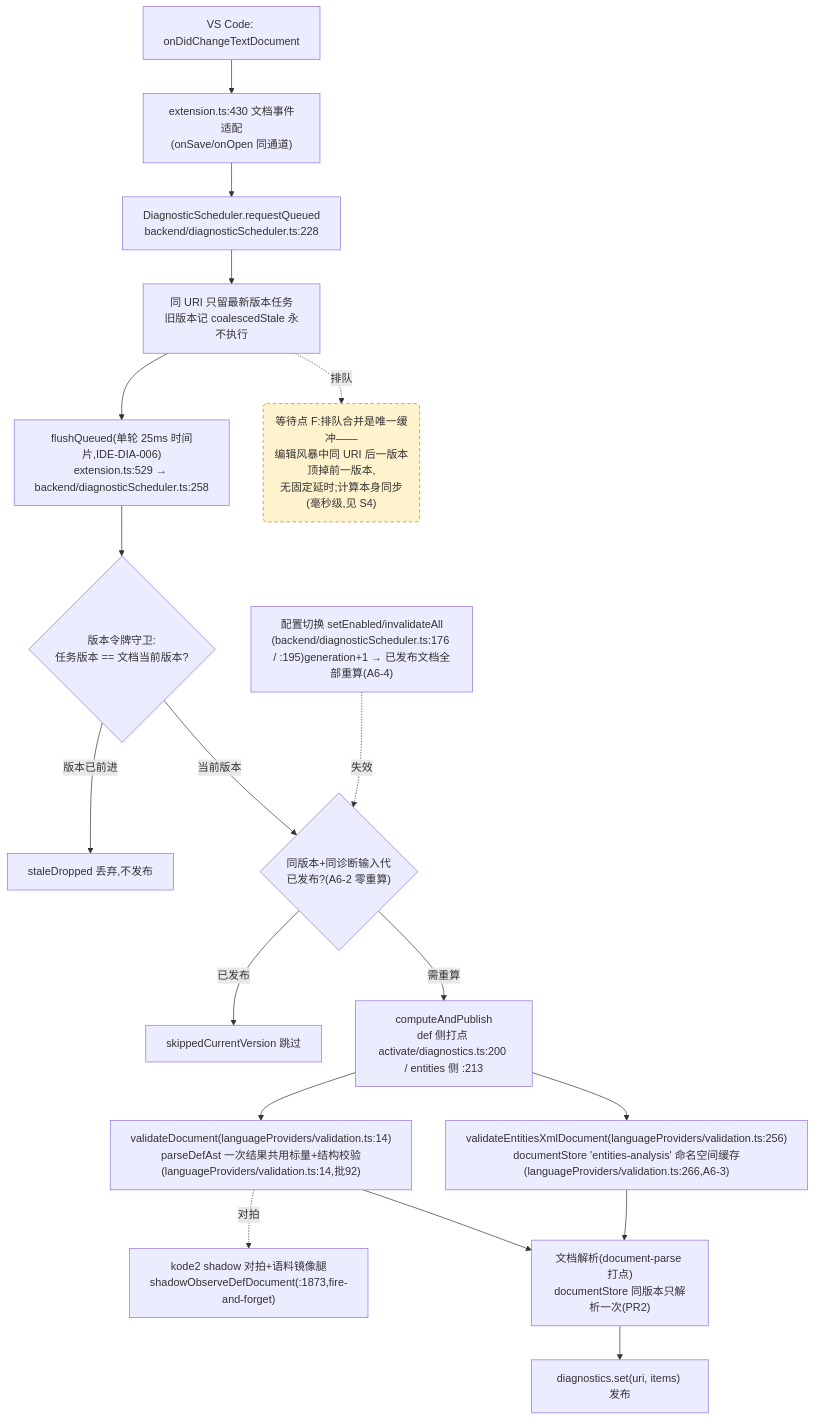
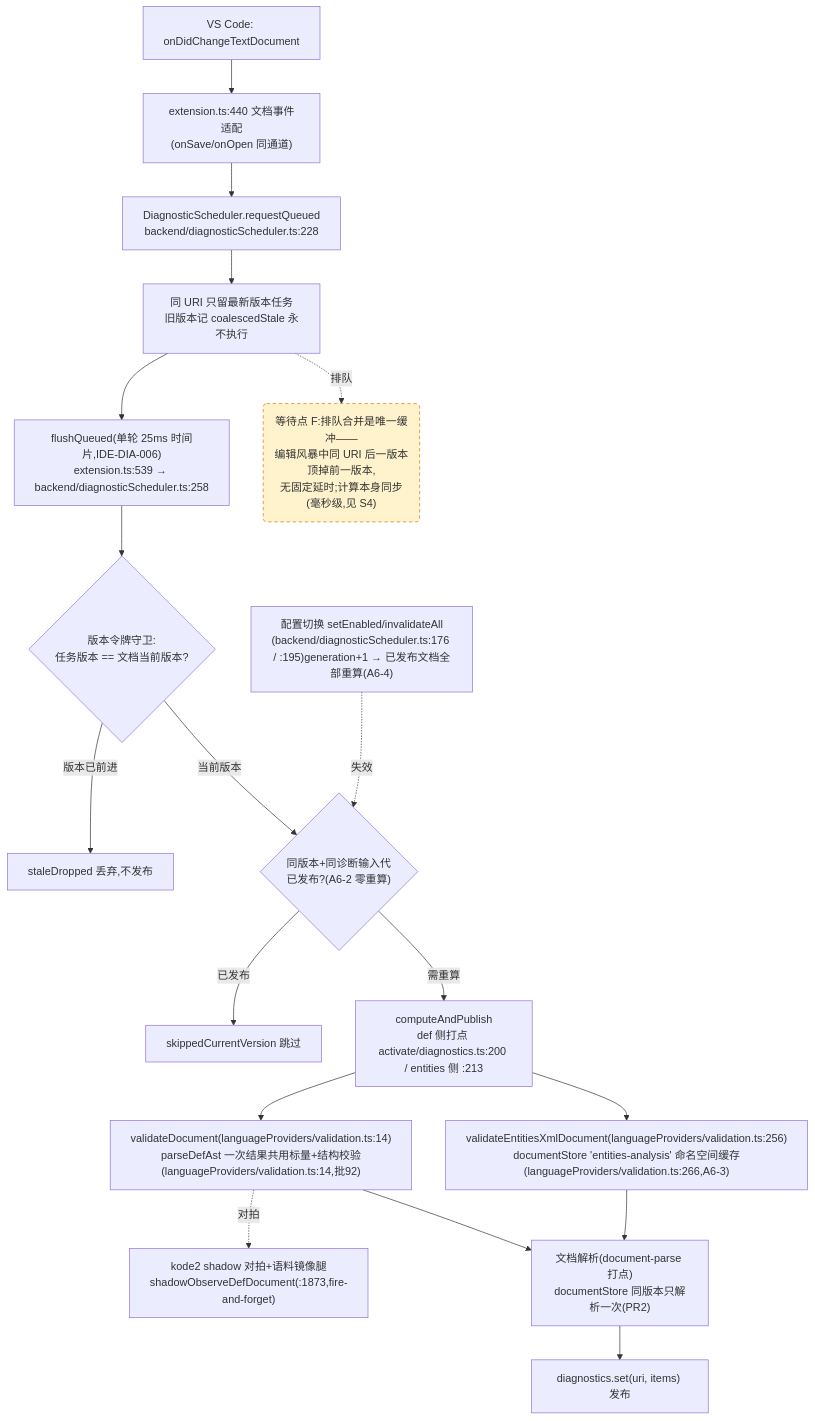
The fourth of 4 diagrams in docs/perf/2026-baseline.md (cuihairu/kode), drawn with Mermaid before and after one commit. The commit also changed 8 other files, not shown here.

````diff
--- a/docs/perf/2026-baseline.md
+++ b/docs/perf/2026-baseline.md
@@ -224,38 +224,38 @@
 ```mermaid
 flowchart TD
   CHG["VS Code: onDidChangeTextDocument"]
-  WATCH["extension.ts:430 文档事件适配<br/>(onSave/onOpen 同通道)"]
+  WATCH["extension.ts:440 文档事件适配<br/>(onSave/onOpen 同通道)"]
   RQ["DiagnosticScheduler.requestQueued<br/>backend/diagnosticScheduler.ts:228"]
   CO["同 URI 只留最新版本任务<br/>旧版本记 coalescedStale 永不执行"]
-  FL["flushQueued(单轮 25ms 时间片,IDE-DIA-006)<br/>extension.ts:529 → backend/diagnosticScheduler.ts:258"]
+  FL["flushQueued(单轮 25ms 时间片,IDE-DIA-006)<br/>extension.ts:539 → backend/diagnosticScheduler.ts:258"]
   VG{"版本令牌守卫:<br/>任务版本 == 文档当前版本?"}
   DROP["staleDropped 丢弃,不发布"]
   GEN{"同版本+同诊断输入代<br/>已发布?(A6-2 零重算)"}
   SKIP["skippedCurrentVersion 跳过"]
   CALC["computeAndPublish<br/>def 侧打点 activate/diagnostics.ts:200 / entities 侧 :213"]
   VD["validateDocument(languageProviders/validation.ts:14)<br/>parseDefAst 一次结果共用标量+结构校验(languageProviders/validation.ts:14,批92)"]
   VEX["validateEntitiesXmlDocument(languageProviders/validation.ts:256)<br/>documentStore 'entities-analysis' 命名空间缓存(languageProviders/validation.ts:266,A6-3)"]
   SHDD["kode2 shadow 对拍+语料镜像腿<br/>shadowObserveDefDocument(:1873,fire-and-forget)"]
   DS["文档解析(document-parse 打点)<br/>documentStore 同版本只解析一次(PR2)"]
   PUB["diagnostics.set(uri, items) 发布"]
   CFG2["配置切换 setEnabled/invalidateAll<br/>(backend/diagnosticScheduler.ts:176 / :195)generation+1 → 已发布文档全部重算(A6-4)"]
 
   CHG --> WATCH --> RQ --> CO --> FL --> VG
   VG -- "版本已前进" --> DROP
   VG -- "当前版本" --> GEN
   GEN -- "已发布" --> SKIP
   GEN -- "需重算" --> CALC
   CALC --> VD
   CALC --> VEX
   VD --> DS
   VEX --> DS
   DS --> PUB
   VD -.->|对拍| SHDD
   CFG2 -.->|失效| GEN
 
   WAITF("等待点 F:排队合并是唯一缓冲——<br/>编辑风暴中同 URI 后一版本顶掉前一版本,<br/>无固定延时;计算本身同步(毫秒级,见 S4)")
   CO -.->|排队| WAITF
 
   classDef waitPoint fill:#fff3cd,stroke:#d97706,stroke-dasharray:5 4;
   class WAITF waitPoint;
 ```
````
